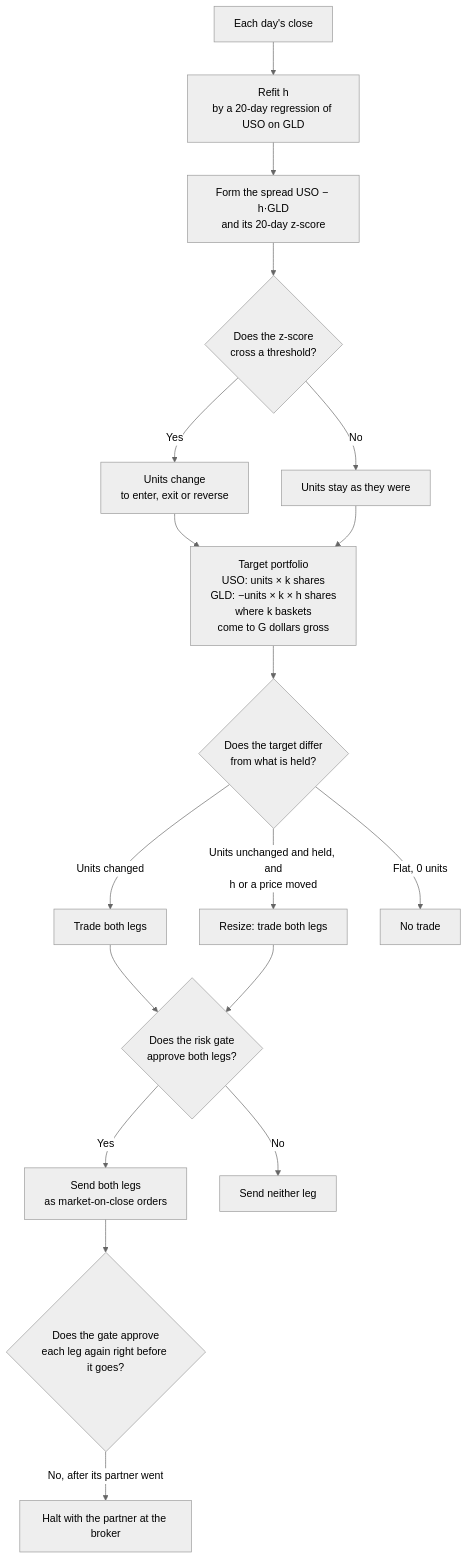
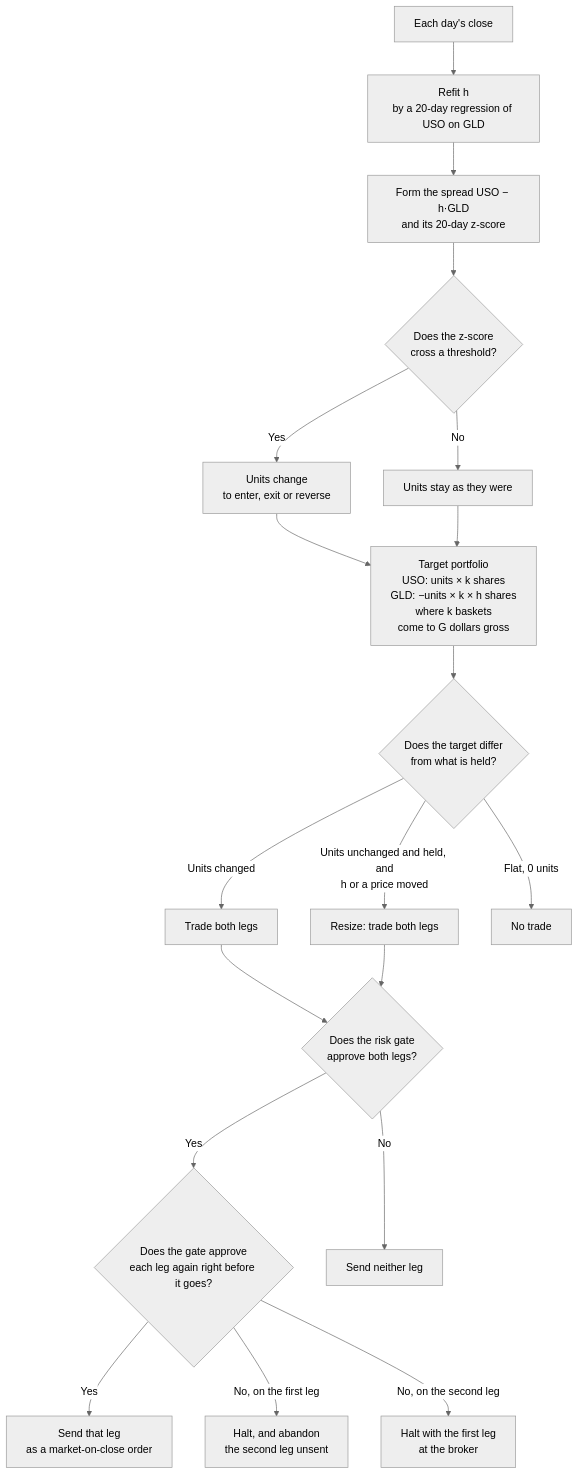
One commit to l3a0/ithildin-runtime changed the second of 2 diagrams in docs/architecture/01-introduction-and-goals.md. Above: the diagram before and after it, drawn with Mermaid (neutral theme). The commit also changed other lines of this file and 6 other files, not shown here.

````diff
--- a/docs/architecture/01-introduction-and-goals.md
+++ b/docs/architecture/01-introduction-and-goals.md
@@ -79,20 +79,21 @@
 ```mermaid
 flowchart TD
     close["Each day's close"] --> fit["Refit h<br/>by a 20-day regression of USO on GLD"]
     fit --> z["Form the spread USO − h·GLD<br/>and its 20-day z-score"]
     z --> rule{"Does the z-score<br/>cross a threshold?"}
     rule -- "Yes" --> move["Units change<br/>to enter, exit or reverse"]
     rule -- "No" --> same["Units stay as they were"]
     move --> target["Target portfolio<br/>USO: units × k shares<br/>GLD: −units × k × h shares<br/>where k baskets<br/>come to G dollars gross"]
     same --> target
     target --> diff{"Does the target differ<br/>from what is held?"}
     diff -- "Units changed" --> trade["Trade both legs"]
     diff -- "Units unchanged and held, and<br/>h or a price moved" --> resize["Resize: trade both legs"]
     diff -- "Flat, 0 units" --> none["No trade"]
     trade --> gate{"Does the risk gate<br/>approve both legs?"}
     resize --> gate
-    gate -- "Yes" --> out["Send both legs<br/>as market-on-close orders"]
+    gate -- "Yes" --> again{"Does the gate approve<br/>each leg again right before it goes?"}
     gate -- "No" --> held["Send neither leg"]
-    out --> again{"Does the gate approve<br/>each leg again right before it goes?"}
-    again -- "No, after its partner went" --> lone["Halt with the partner at the broker"]
+    again -- "Yes" --> out["Send that leg<br/>as a market-on-close order"]
+    again -- "No, on the first leg" --> abandon["Halt, and abandon<br/>the second leg unsent"]
+    again -- "No, on the second leg" --> lone["Halt with the first leg<br/>at the broker"]
 ```
````
